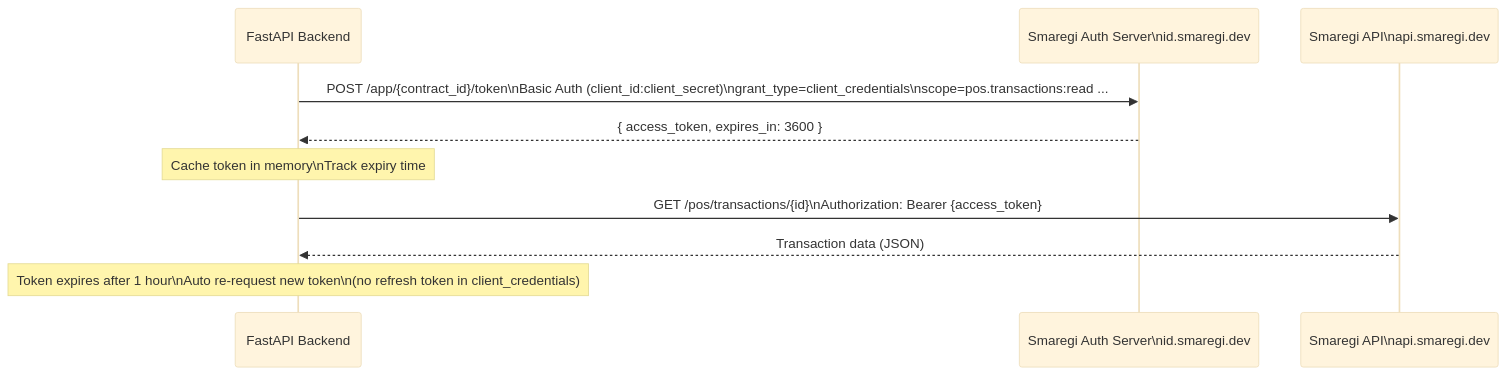
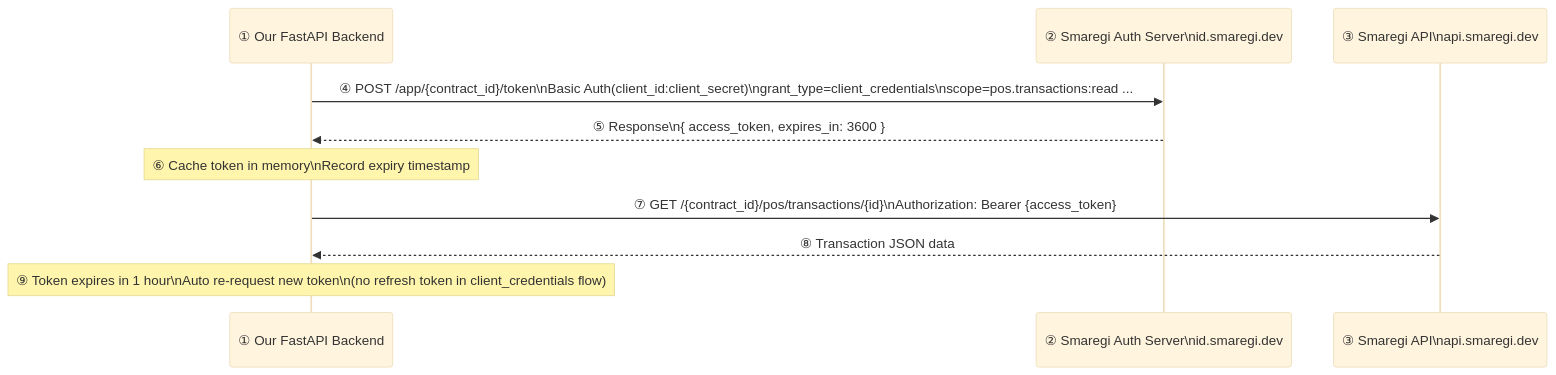
The second of 3 diagrams in SMAREGI_INTEGRATION.md (navingurung/samurai-tax-ProjectNotes-and-codeBackups), drawn with Mermaid (base theme) before and after one commit. The commit also changed other lines of this file, not shown here.

````diff
--- a/SMAREGI_INTEGRATION.md
+++ b/SMAREGI_INTEGRATION.md
@@ -47,18 +50,18 @@
 ```mermaid
 sequenceDiagram
-    participant App as FastAPI Backend
-    participant Auth as Smaregi Auth Server\nid.smaregi.dev
-    participant API as Smaregi API\napi.smaregi.dev
+    participant B as ① Our FastAPI Backend
+    participant A as ② Smaregi Auth Server\nid.smaregi.dev
+    participant S as ③ Smaregi API\napi.smaregi.dev
 
-    App->>Auth: POST /app/{contract_id}/token\nBasic Auth (client_id:client_secret)\ngrant_type=client_credentials\nscope=pos.transactions:read ...
+    B->>A: ④ POST /app/{contract_id}/token\nBasic Auth(client_id:client_secret)\ngrant_type=client_credentials\nscope=pos.transactions:read ...
 
-    Auth-->>App: { access_token, expires_in: 3600 }
+    A-->>B: ⑤ Response\n{ access_token, expires_in: 3600 }
 
-    Note over App: Cache token in memory\nTrack expiry time
+    Note over B: ⑥ Cache token in memory\nRecord expiry timestamp
 
-    App->>API: GET /pos/transactions/{id}\nAuthorization: Bearer {access_token}
+    B->>S: ⑦ GET /{contract_id}/pos/transactions/{id}\nAuthorization: Bearer {access_token}
 
-    API-->>App: Transaction data (JSON)
+    S-->>B: ⑧ Transaction JSON data
 
-    Note over App: Token expires after 1 hour\nAuto re-request new token\n(no refresh token in client_credentials)
+    Note over B: ⑨ Token expires in 1 hour\nAuto re-request new token\n(no refresh token in client_credentials flow)
 ```
````
